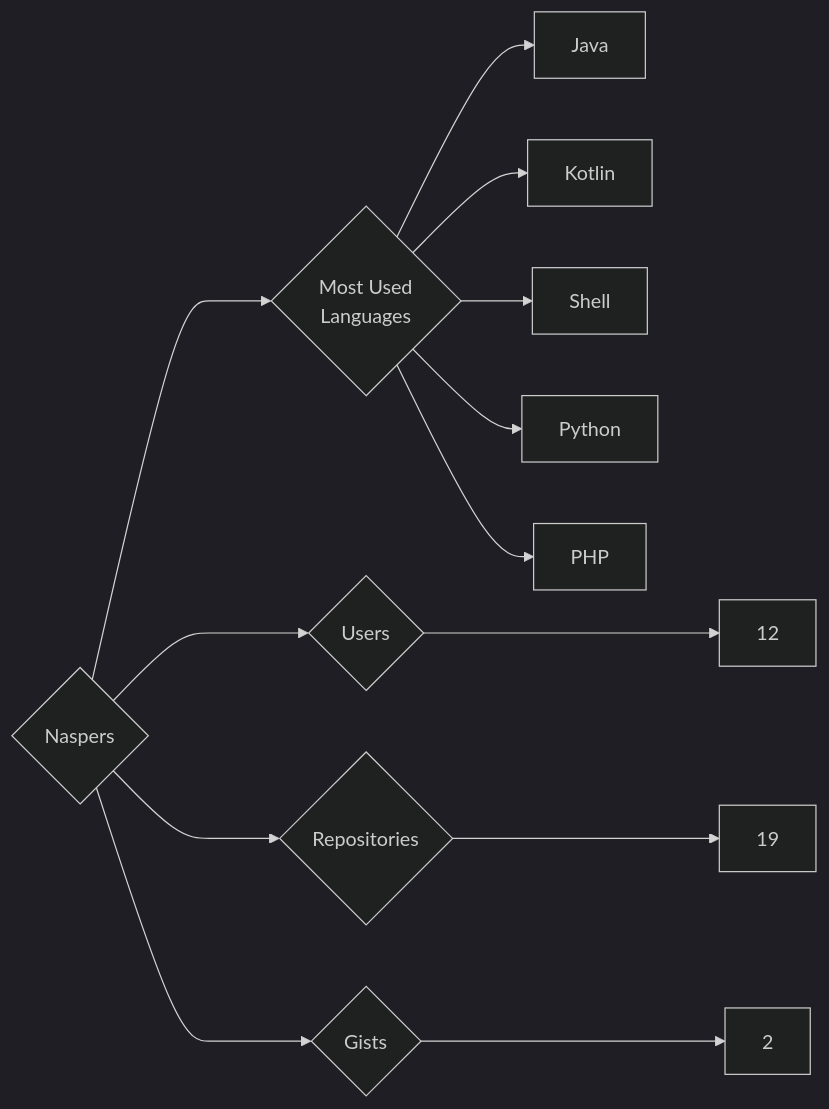
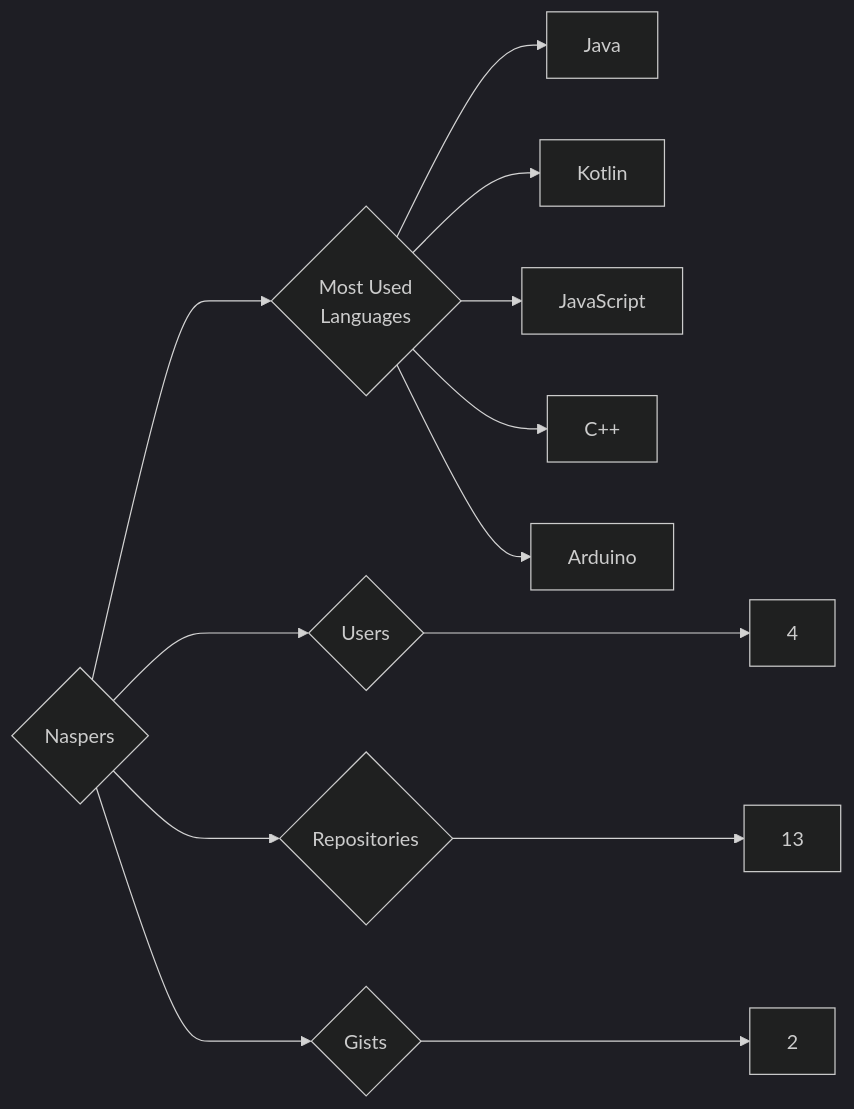
The diagram in targets/Naspers/README.md (trickest/insiders), drawn with Mermaid (dark theme) before and after one commit. The commit also changed 970 other files, not shown here.

````diff
--- a/targets/Naspers/README.md
+++ b/targets/Naspers/README.md
@@ -3,13 +3,13 @@
 ```mermaid
 graph LR
 COMPANY_NAME{Naspers}
-COMPANY_NAME ---> U{Users} ---> UN[12]
-COMPANY_NAME ---> R{Repositories} ---> RN[19]
+COMPANY_NAME ---> U{Users} ---> UN[4]
+COMPANY_NAME ---> R{Repositories} ---> RN[13]
 COMPANY_NAME ---> G{Gists} ---> GN[2]
 COMPANY_NAME ---> ML{Most Used<br>Languages}
 ML --> Java[Java]
 ML --> Kotlin[Kotlin]
-ML --> Shell[Shell]
-ML --> Python[Python]
-ML --> PHP[PHP]
+ML --> JavaScript[JavaScript]
+ML --> C++[C++]
+ML --> Arduino[Arduino]
 ```
````
